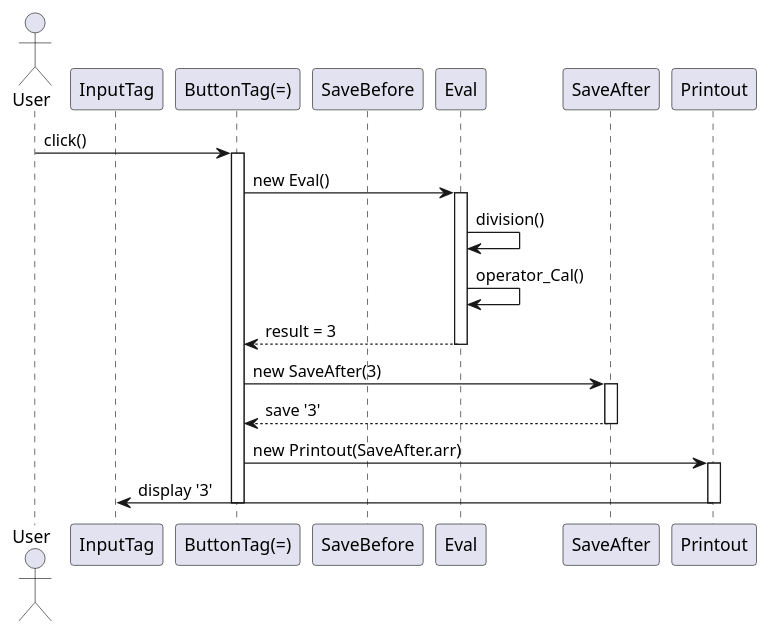
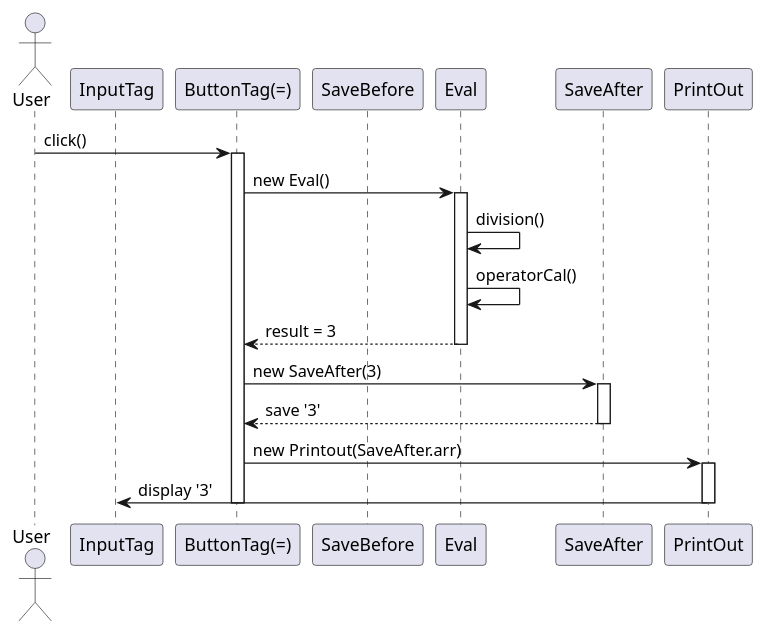
Before and after one commit to 188X187/git_group: the diagram in plantuml/sequenceuml.wsd, drawn with PlantUML.

Commit message:
조민지 - 시퀀스 카멜 수정

```diff
--- a/plantuml/sequenceuml.wsd
+++ b/plantuml/sequenceuml.wsd
@@ -1,27 +1,27 @@
 @startuml 순차다이어그램
 actor User
 participant "InputTag" as Input
 participant "ButtonTag(=)" as BEquals
 participant "SaveBefore" as SB
 participant "Eval" as Eval
 participant "SaveAfter" as SA
-participant "Printout" as Print
+participant "PrintOut" as Print
 ' =를 클릭하여 1+2의 계산 결과 3을 얻는 과정
 User -> BEquals : click()
 activate BEquals
 BEquals -> Eval : new Eval()
 activate Eval
 Eval -> Eval : division()
-Eval -> Eval : operator_Cal()
+Eval -> Eval : operatorCal()
 Eval --> BEquals : result = 3
 deactivate Eval
 BEquals -> SA : new SaveAfter(3)
 activate SA
 SA --> BEquals : save '3'
 deactivate SA
 BEquals -> Print : new Printout(SaveAfter.arr)
 activate Print
 Print -> Input : display '3'
 deactivate Print
 deactivate BEquals
 @enduml
```
